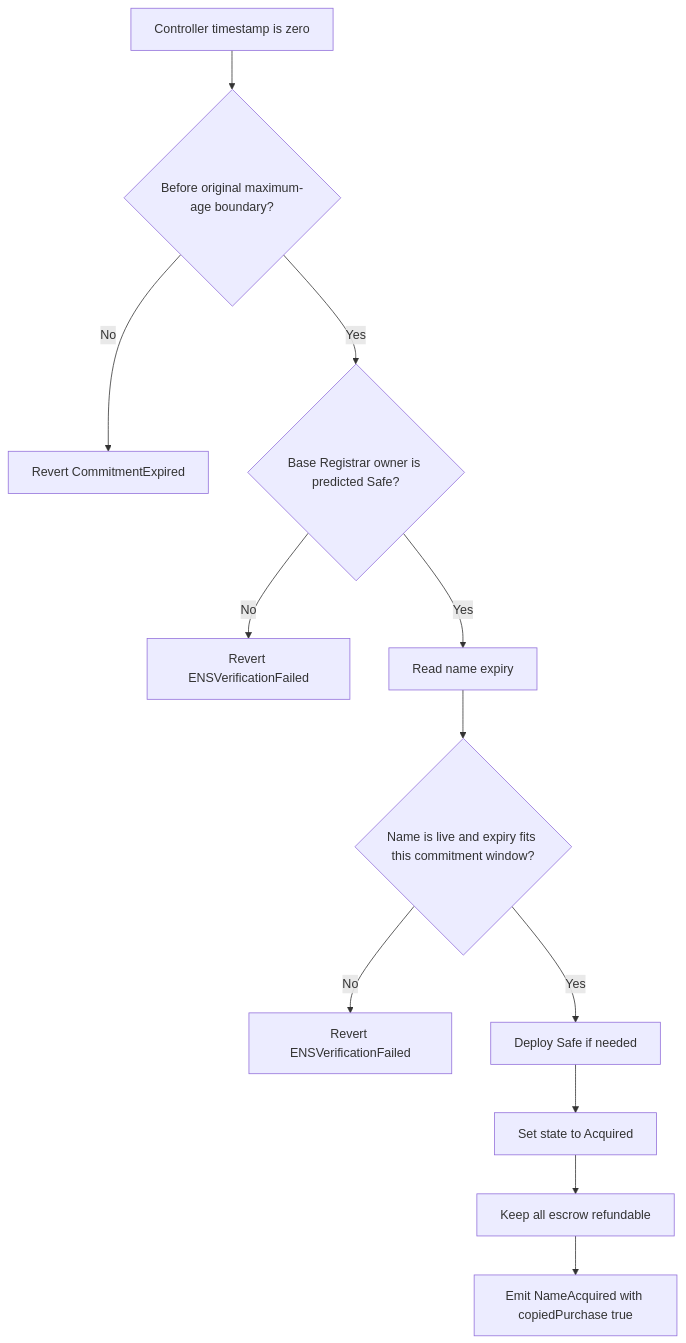
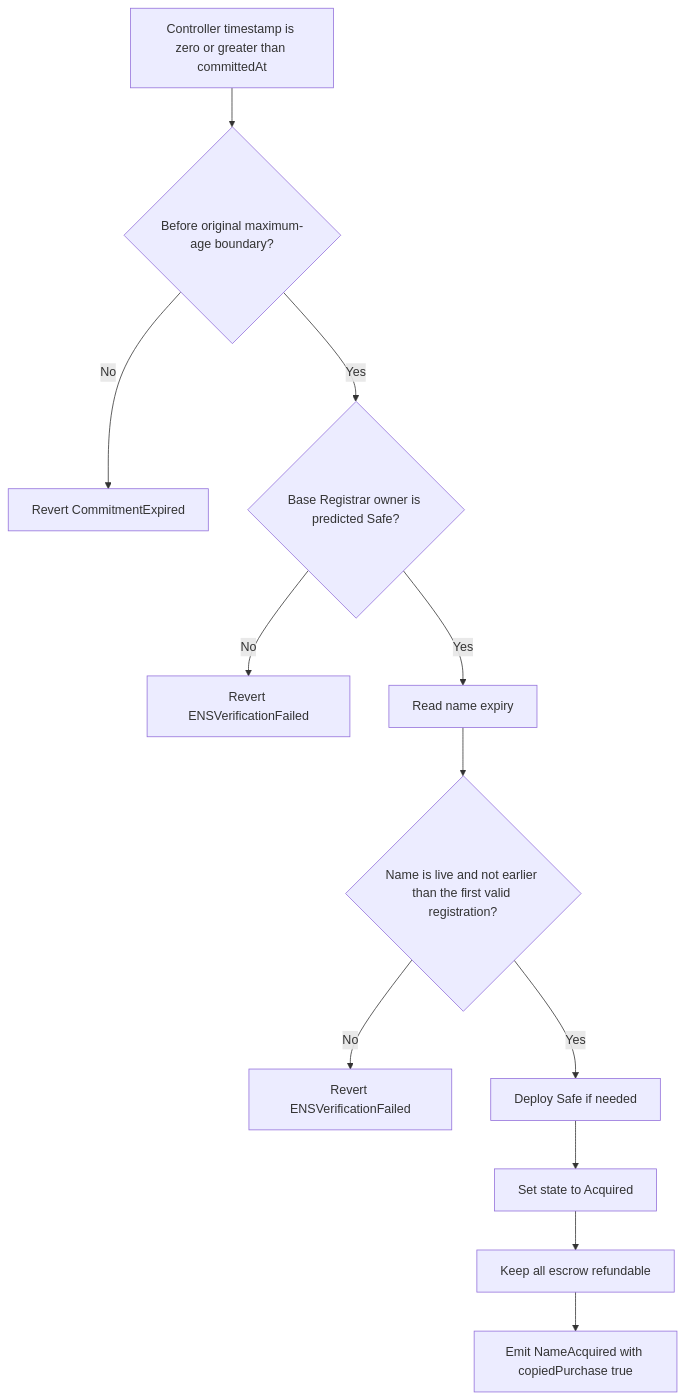
One commit to thenamespace/ens-diamonds changed the ninth of 10 diagrams in packages/contracts/ARCHITECTURE.md. Above: the diagram before and after it, drawn with Mermaid. The commit also changed other lines of this file and 2 other files, not shown here.

````diff
--- a/packages/contracts/ARCHITECTURE.md
+++ b/packages/contracts/ARCHITECTURE.md
@@ -604,14 +604,14 @@
 ```mermaid
 flowchart TD
-    A["Controller timestamp is zero"] --> B{"Before original maximum-age boundary?"}
+    A["Controller timestamp is zero or greater than committedAt"] --> B{"Before original maximum-age boundary?"}
     B -->|"No"| BR["Revert CommitmentExpired"]
     B -->|"Yes"| C{"Base Registrar owner is predicted Safe?"}
     C -->|"No"| CR["Revert ENSVerificationFailed"]
     C -->|"Yes"| D["Read name expiry"]
-    D --> E{"Name is live and expiry fits this commitment window?"}
+    D --> E{"Name is live and not earlier than the first valid registration?"}
     E -->|"No"| ER["Revert ENSVerificationFailed"]
     E -->|"Yes"| F["Deploy Safe if needed"]
     F --> G["Set state to Acquired"]
     G --> H["Keep all escrow refundable"]
     H --> I["Emit NameAcquired with copiedPurchase true"]
 ```
````
